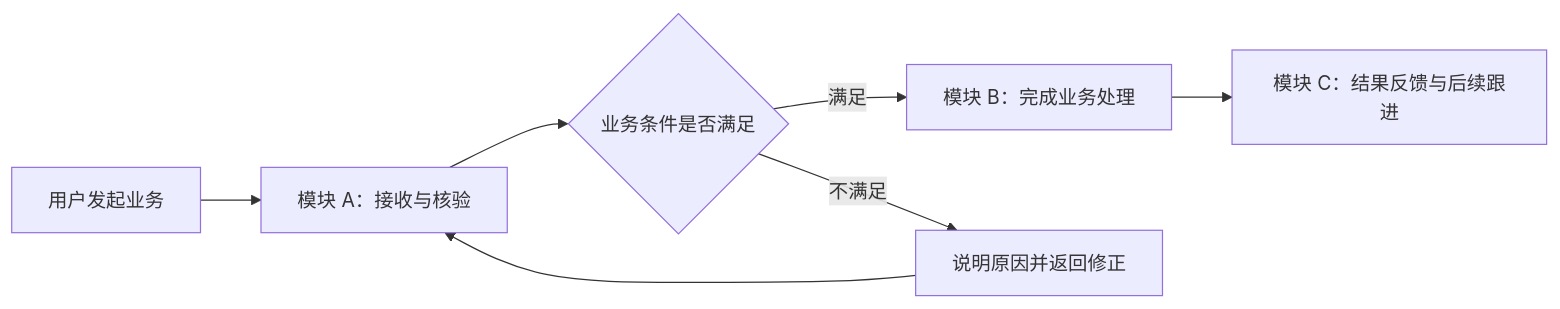
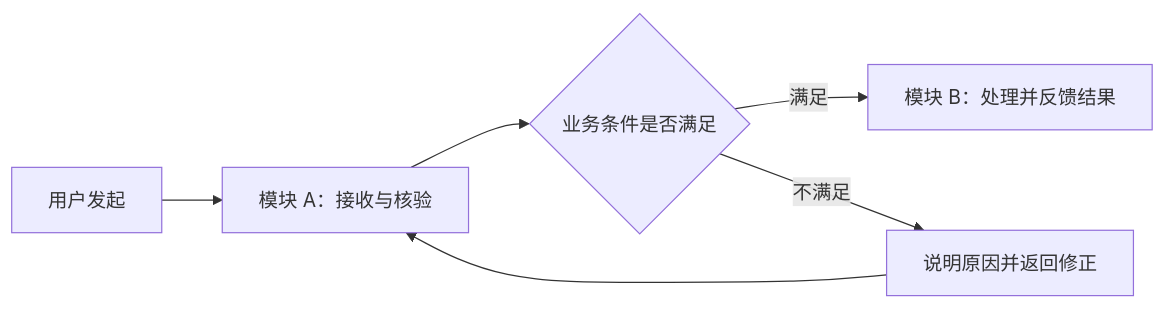
Before and after one commit to zyf3313/fstar-trellis-ext: the first of 2 diagrams in spec/templates/prd.zh-CN.md, drawn with Mermaid. The commit also changed other lines of this file and 53 other files, not shown here.

````diff
--- a/spec/templates/prd.zh-CN.md
+++ b/spec/templates/prd.zh-CN.md
@@ -38,9 +28,8 @@
 ```mermaid
 flowchart LR
-    U[用户发起业务] --> A[模块 A：接收与核验]
+    U[用户发起] --> A[模块 A：接收与核验]
     A --> B{业务条件是否满足}
-    B -->|满足| C[模块 B：完成业务处理]
-    C --> D[模块 C：结果反馈与后续跟进]
-    B -->|不满足| E[说明原因并返回修正]
-    E --> A
+    B -->|满足| C[模块 B：处理并反馈结果]
+    B -->|不满足| D[说明原因并返回修正]
+    D --> A
 ```
````
